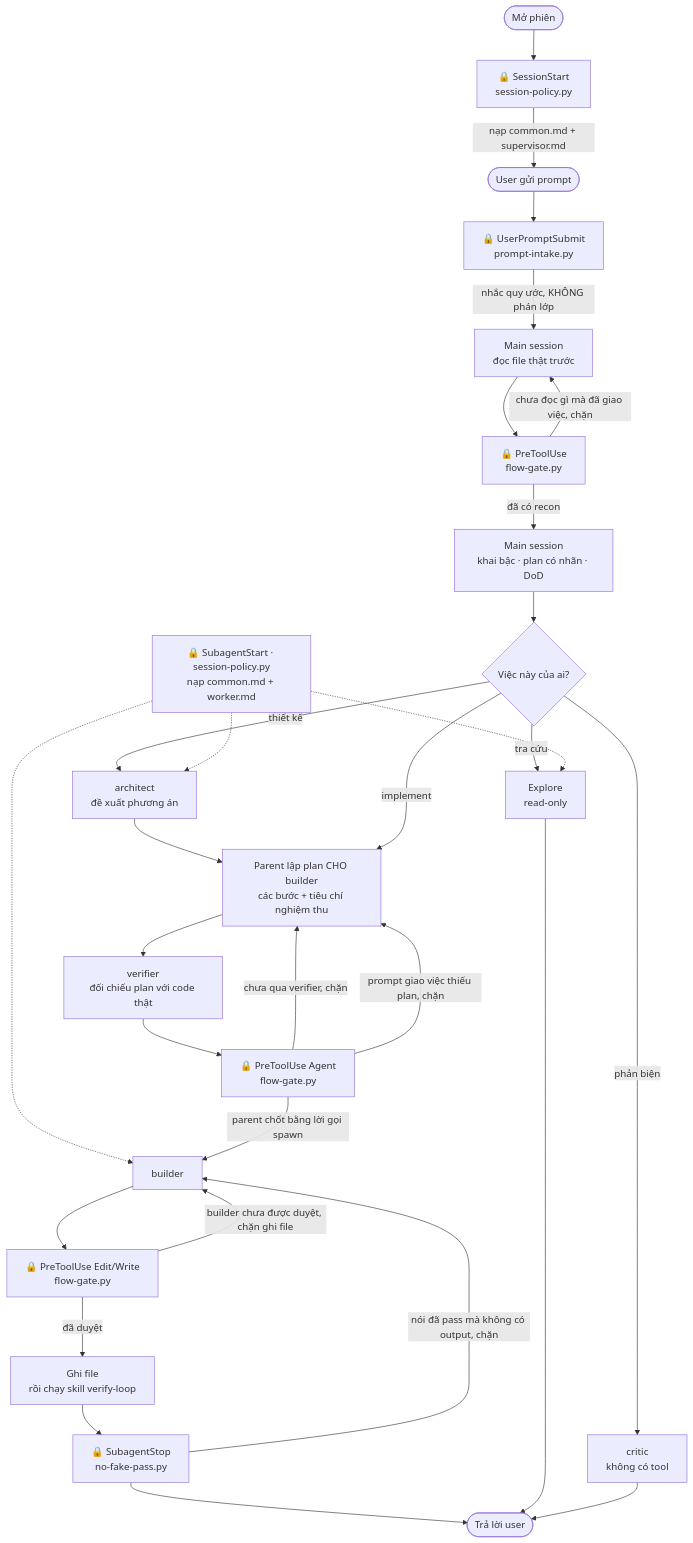
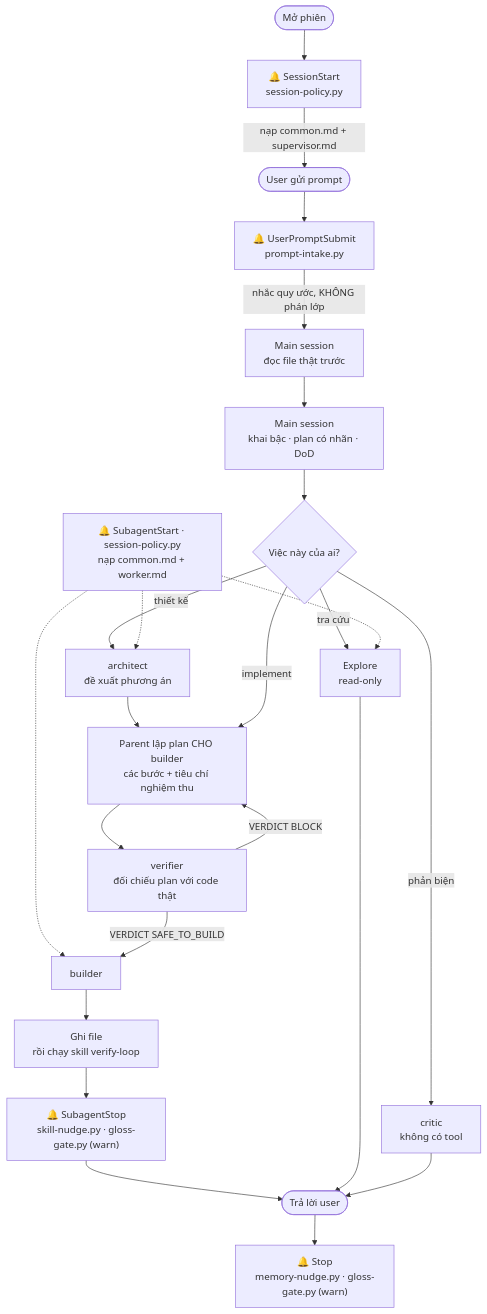
The diagram in README.md (nhattamgithub1999/agent-kit), drawn with Mermaid before and after one commit. The commit also changed other lines of this file and 10 other files, not shown here.

First line of the commit message:
agent-kit 1.0.3 — profile DOCTRINE: gỡ ba gate khỏi hooks.json, sửa hai gate hỏng

````diff
--- a/README.md
+++ b/README.md
@@ -58,36 +61,30 @@
 ```mermaid
 flowchart TD
-    S([Mở phiên]) --> H1["🔒 SessionStart<br/>session-policy.py"]
+    S([Mở phiên]) --> H1["🔔 SessionStart<br/>session-policy.py"]
     H1 -->|"nạp common.md + supervisor.md"| P([User gửi prompt])
-    P --> H2["🔒 UserPromptSubmit<br/>prompt-intake.py"]
+    P --> H2["🔔 UserPromptSubmit<br/>prompt-intake.py"]
     H2 -->|"nhắc quy ước, KHÔNG phán lớp"| RC["Main session<br/>đọc file thật trước"]
-    RC --> H6["🔒 PreToolUse<br/>flow-gate.py"]
-    H6 -->|"chưa đọc gì mà đã giao việc, chặn"| RC
-    H6 -->|"đã có recon"| M["Main session<br/>khai bậc · plan có nhãn · DoD"]
+    RC --> M["Main session<br/>khai bậc · plan có nhãn · DoD"]
     M --> DEL{"Việc này của ai?"}
 
     DEL -->|"tra cứu"| EX["Explore<br/>read-only"]
     DEL -->|"thiết kế"| AR["architect<br/>đề xuất phương án"]
     DEL -->|"phản biện"| CR["critic<br/>không có tool"]
 
-    H8["🔒 SubagentStart · session-policy.py<br/>nạp common.md + worker.md"]
+    H8["🔔 SubagentStart · session-policy.py<br/>nạp common.md + worker.md"]
     H8 -.-> EX
     H8 -.-> AR
     H8 -.-> BU
     AR --> PL
     DEL -->|"implement"| PL["Parent lập plan CHO builder<br/>các bước + tiêu chí nghiệm thu"]
     PL --> VE["verifier<br/>đối chiếu plan với code thật"]
-    VE --> H7["🔒 PreToolUse Agent<br/>flow-gate.py"]
-    H7 -->|"chưa qua verifier, chặn"| PL
-    H7 -->|"prompt giao việc thiếu plan, chặn"| PL
-    H7 -->|"parent chốt bằng lời gọi spawn"| BU["builder"]
+    VE -->|"VERDICT SAFE_TO_BUILD"| BU["builder"]
+    VE -->|"VERDICT BLOCK"| PL
 
-    BU --> H3["🔒 PreToolUse Edit/Write<br/>flow-gate.py"]
-    H3 -->|"builder chưa được duyệt, chặn ghi file"| BU
-    H3 -->|"đã duyệt"| WR["Ghi file<br/>rồi chạy skill verify-loop"]
-    WR --> H4["🔒 SubagentStop<br/>no-fake-pass.py"]
-    H4 -->|"nói đã pass mà không có output, chặn"| BU
+    BU --> WR["Ghi file<br/>rồi chạy skill verify-loop"]
+    WR --> H4["🔔 SubagentStop<br/>skill-nudge.py · gloss-gate.py (warn)"]
     H4 --> OUT([Trả lời user])
     EX --> OUT
     CR --> OUT
+    OUT --> H5["🔔 Stop<br/>memory-nudge.py · gloss-gate.py (warn)"]
 ```
````
